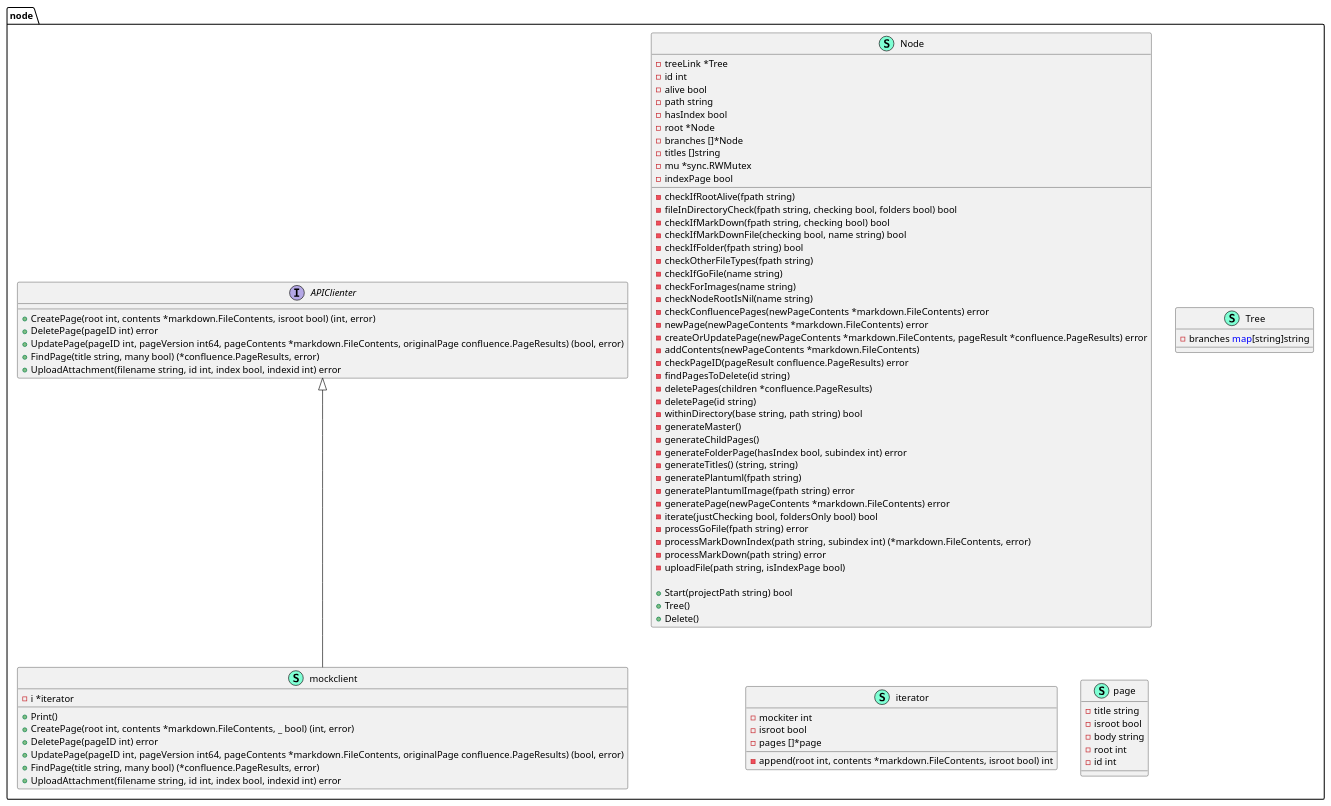
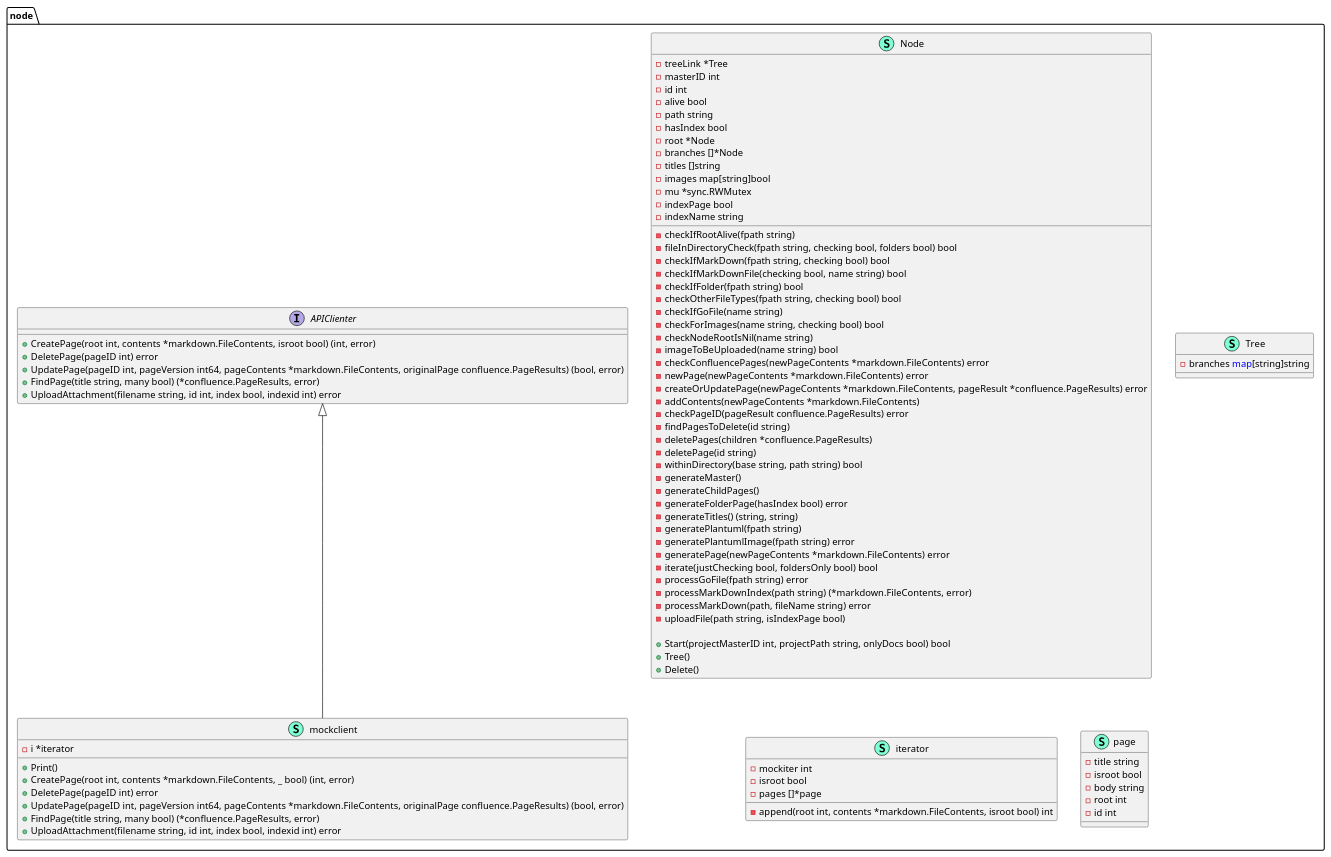
One commit to xiatechs/markdown-to-confluence changed the diagram in node/node-markdown-to-confluence-markdown-to-confluence-pumldiagram.puml. Above: the diagram before and after it, drawn with PlantUML. The commit also changed 23 other files, not shown here.

```diff
--- a/node/node-markdown-to-confluence-markdown-to-confluence-pumldiagram.puml
+++ b/node/node-markdown-to-confluence-markdown-to-confluence-pumldiagram.puml
@@ -1,94 +1,98 @@
 @startuml
 namespace node {
     interface APIClienter  {
         + CreatePage(root int, contents *markdown.FileContents, isroot bool) (int, error)
         + DeletePage(pageID int) error
         + UpdatePage(pageID int, pageVersion int64, pageContents *markdown.FileContents, originalPage confluence.PageResults) (bool, error)
         + FindPage(title string, many bool) (*confluence.PageResults, error)
         + UploadAttachment(filename string, id int, index bool, indexid int) error
 
     }
     class Node << (S,Aquamarine) >> {
         - treeLink *Tree
+        - masterID int
         - id int
         - alive bool
         - path string
         - hasIndex bool
         - root *Node
         - branches []*Node
         - titles []string
+        - images map[string]bool
         - mu *sync.RWMutex
         - indexPage bool
+        - indexName string
 
         - checkIfRootAlive(fpath string) 
         - fileInDirectoryCheck(fpath string, checking bool, folders bool) bool
         - checkIfMarkDown(fpath string, checking bool) bool
         - checkIfMarkDownFile(checking bool, name string) bool
         - checkIfFolder(fpath string) bool
-        - checkOtherFileTypes(fpath string) 
+        - checkOtherFileTypes(fpath string, checking bool) bool 
         - checkIfGoFile(name string) 
-        - checkForImages(name string) 
+        - checkForImages(name string, checking bool) bool 
         - checkNodeRootIsNil(name string) 
+        - imageToBeUploaded(name string) bool
         - checkConfluencePages(newPageContents *markdown.FileContents) error
         - newPage(newPageContents *markdown.FileContents) error
         - createOrUpdatePage(newPageContents *markdown.FileContents, pageResult *confluence.PageResults) error
         - addContents(newPageContents *markdown.FileContents) 
         - checkPageID(pageResult confluence.PageResults) error
         - findPagesToDelete(id string) 
         - deletePages(children *confluence.PageResults) 
         - deletePage(id string) 
         - withinDirectory(base string, path string) bool
         - generateMaster() 
         - generateChildPages() 
-        - generateFolderPage(hasIndex bool, subindex int) error
+        - generateFolderPage(hasIndex bool) error
         - generateTitles() (string, string)
         - generatePlantuml(fpath string) 
         - generatePlantumlImage(fpath string) error
         - generatePage(newPageContents *markdown.FileContents) error
         - iterate(justChecking bool, foldersOnly bool) bool
         - processGoFile(fpath string) error
-        - processMarkDownIndex(path string, subindex int) (*markdown.FileContents, error)
-        - processMarkDown(path string) error
+        - processMarkDownIndex(path string) (*markdown.FileContents, error)
+        - processMarkDown(path, fileName string) error
         - uploadFile(path string, isIndexPage bool) 
 
-        + Start(projectPath string) bool
+        + Start(projectMasterID int, projectPath string, onlyDocs bool) bool
         + Tree() 
         + Delete() 
 
     }
     class Tree << (S,Aquamarine) >> {
         - branches <font color=blue>map</font>[string]string
 
     }
     class iterator << (S,Aquamarine) >> {
         - mockiter int
         - isroot bool
         - pages []*page
 
         - append(root int, contents *markdown.FileContents, isroot bool) int
 
     }
     class mockclient << (S,Aquamarine) >> {
         - i *iterator
 
         + Print() 
         + CreatePage(root int, contents *markdown.FileContents, _ bool) (int, error)
         + DeletePage(pageID int) error
         + UpdatePage(pageID int, pageVersion int64, pageContents *markdown.FileContents, originalPage confluence.PageResults) (bool, error)
         + FindPage(title string, many bool) (*confluence.PageResults, error)
         + UploadAttachment(filename string, id int, index bool, indexid int) error
 
     }
     class page << (S,Aquamarine) >> {
         - title string
         - isroot bool
         - body string
         - root int
         - id int
 
     }
 }
 
 "node.APIClienter" <|-- "node.mockclient"
 
 @enduml
```
